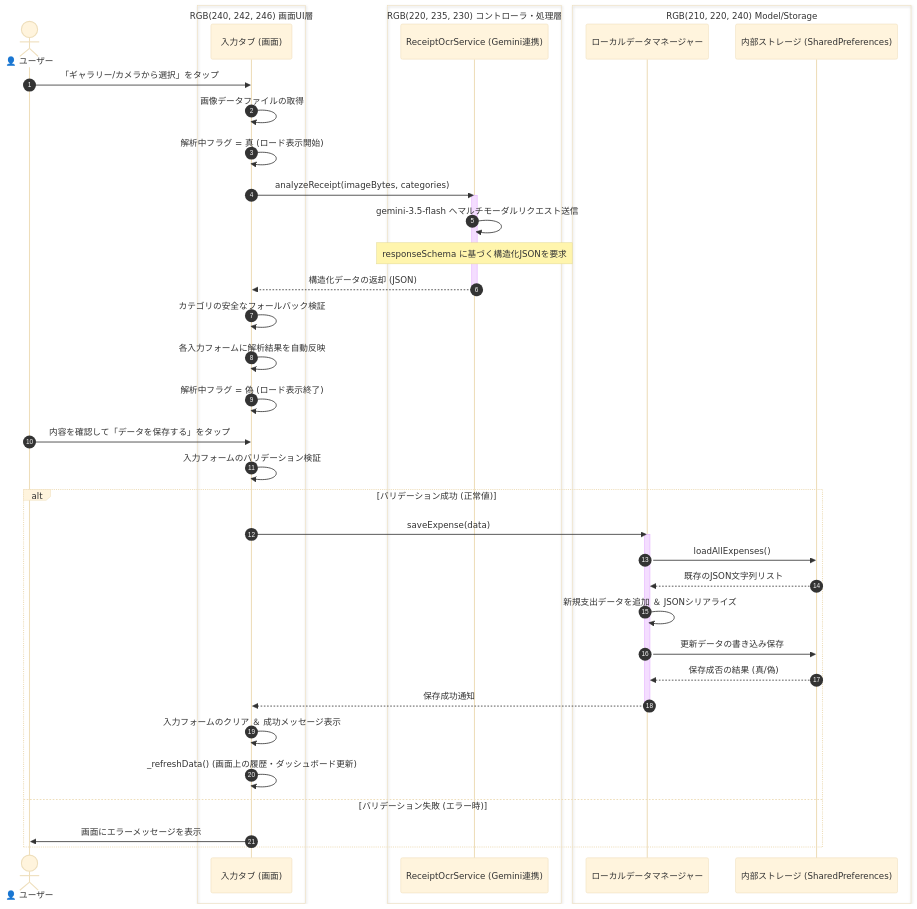
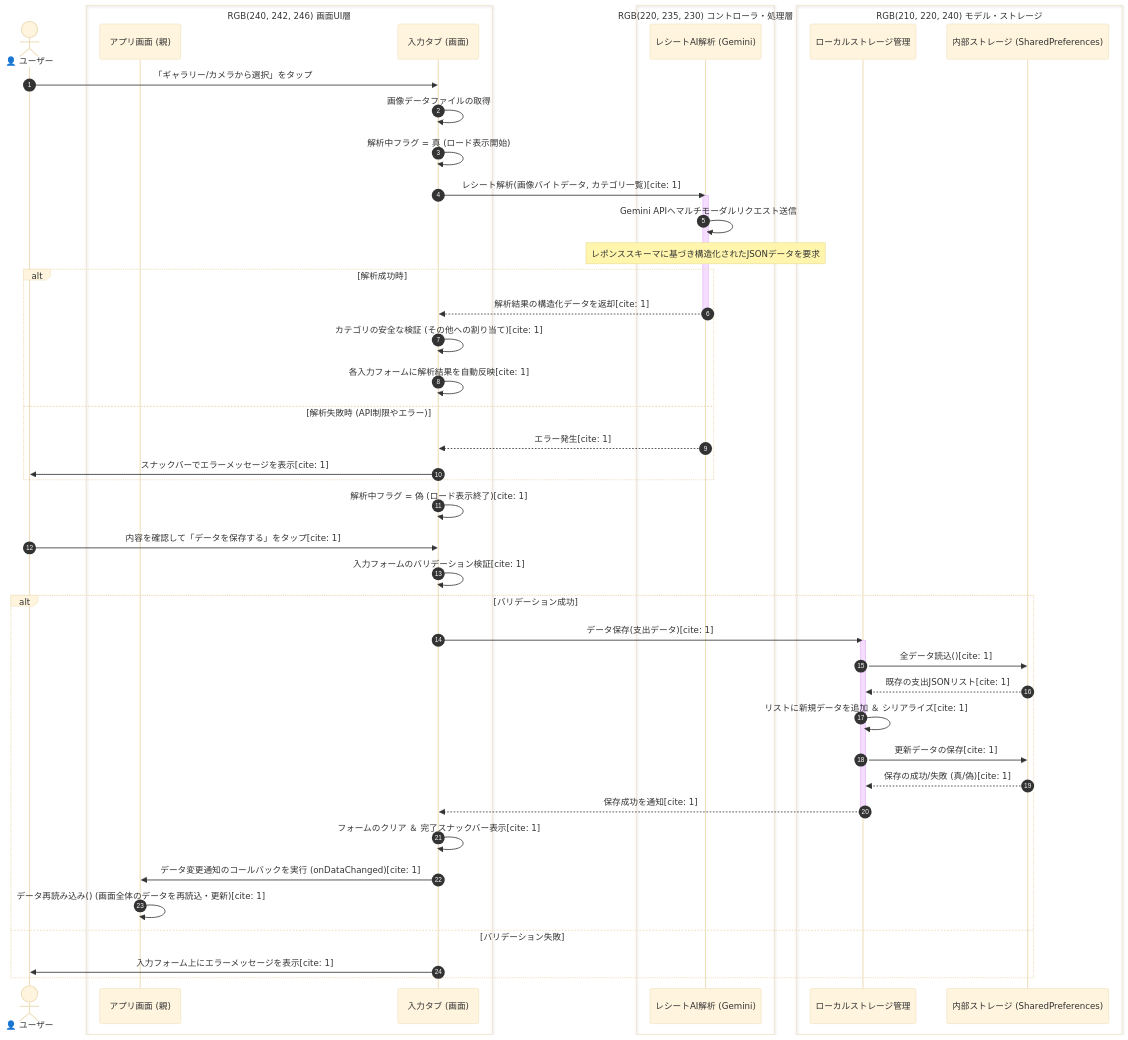
The third of 4 diagrams in README.md (userT-2213/receipt_checker), drawn with Mermaid (base theme) before and after one commit. The commit also changed other lines of this file and 1 other file, not shown here.

````diff
--- a/README.md
+++ b/README.md
@@ -267,50 +273,65 @@
 ```mermaid
 sequenceDiagram
     autonumber
     actor ユーザー as 👤 ユーザー
     box RGB(240, 242, 246) 画面UI層
+        participant 親UI as アプリ画面 (親)
         participant UI as 入力タブ (画面)
     end
     box RGB(220, 235, 230) コントローラ・処理層
-        participant Ctrl as ReceiptOcrService (Gemini連携)
+        participant Ctrl as レシートAI解析 (Gemini)
     end
-    box RGB(210, 220, 240) Model/Storage
-        participant Mgr as ローカルデータマネージャー
+    box RGB(210, 220, 240) モデル・ストレージ
+        participant Mgr as ローカルストレージ管理
         participant DB as 内部ストレージ (SharedPreferences)
     end
 
+    %% ----------------------------------------------------
+    %% 1. レシート解析フロー
+    %% ----------------------------------------------------
     ユーザー ->> UI: 「ギャラリー/カメラから選択」をタップ
     UI ->> UI: 画像データファイルの取得
     UI ->> UI: 解析中フラグ = 真 (ロード表示開始)
-    UI ->> Ctrl: analyzeReceipt(imageBytes, categories)
+    
+    UI ->> Ctrl: レシート解析(画像バイトデータ, カテゴリ一覧)[cite: 1]
     activate Ctrl
+    Ctrl ->> Ctrl: Gemini APIへマルチモーダルリクエスト送信
+    Note over Ctrl: レポンススキーマに基づき構造化されたJSONデータを要求
     
-    Ctrl ->> Ctrl: gemini-3.5-flash へマルチモーダルリクエスト送信
-    Note over Ctrl: responseSchema に基づく構造化JSONを要求
-    Ctrl -->> UI: 構造化データの返却 (JSON)
-    deactivate Ctrl
+    alt 解析成功時
+        Ctrl -->> UI: 解析結果の構造化データを返却[cite: 1]
+        deactivate Ctrl
+        UI ->> UI: カテゴリの安全な検証 (その他への割り当て)[cite: 1]
+        UI ->> UI: 各入力フォームに解析結果を自動反映[cite: 1]
+    else 解析失敗時 (API制限やエラー)
+        Ctrl -->> UI: エラー発生[cite: 1]
+        UI ->> ユーザー: スナックバーでエラーメッセージを表示[cite: 1]
+    end
+    UI ->> UI: 解析中フラグ = 偽 (ロード表示終了)[cite: 1]
+
+    %% ----------------------------------------------------
+    %% 2. 支出保存フロー
+    %% ----------------------------------------------------
+    ユーザー ->> UI: 内容を確認して「データを保存する」をタップ[cite: 1]
+    UI ->> UI: 入力フォームのバリデーション検証[cite: 1]
     
-    UI ->> UI: カテゴリの安全なフォールバック検証
-    UI ->> UI: 各入力フォームに解析結果を自動反映
-    UI ->> UI: 解析中フラグ = 偽 (ロード表示終了)
-
-    ユーザー ->> UI: 内容を確認して「データを保存する」をタップ
-    UI ->> UI: 入力フォームのバリデーション検証
-    
-    alt バリデーション成功 (正常値)
-        UI ->> Mgr: saveExpense(data)
+    alt バリデーション成功
+        UI ->> Mgr: データ保存(支出データ)[cite: 1]
         activate Mgr
-        Mgr ->> DB: loadAllExpenses()
-        DB -->> Mgr: 既存のJSON文字列リスト
-        Mgr ->> Mgr: 新規支出データを追加 ＆ JSONシリアライズ
-        Mgr ->> DB: 更新データの書き込み保存
-        DB -->> Mgr: 保存成否の結果 (真/偽)
-        Mgr -->> UI: 保存成功通知
+        Mgr ->> DB: 全データ読込()[cite: 1]
+        DB -->> Mgr: 既存の支出JSONリスト[cite: 1]
+        Mgr ->> Mgr: リストに新規データを追加 ＆ シリアライズ[cite: 1]
+        Mgr ->> DB: 更新データの保存[cite: 1]
+        DB -->> Mgr: 保存の成功/失敗 (真/偽)[cite: 1]
+        Mgr -->> UI: 保存成功を通知[cite: 1]
         deactivate Mgr
         
-        UI ->> UI: 入力フォームのクリア ＆ 成功メッセージ表示
-        UI ->> UI: _refreshData() (画面上の履歴・ダッシュボード更新)
-    else バリデーション失敗 (エラー時)
-        UI ->> ユーザー: 画面にエラーメッセージを表示
+        UI ->> UI: フォームのクリア ＆ 完了スナックバー表示[cite: 1]
+        
+        %% コールバック関数による親画面への再読込要求
+        UI ->> 親UI: データ変更通知のコールバックを実行 (onDataChanged)[cite: 1]
+        親UI ->> 親UI: データ再読み込み() (画面全体のデータを再読込・更新)[cite: 1]
+    else バリデーション失敗
+        UI ->> ユーザー: 入力フォーム上にエラーメッセージを表示[cite: 1]
     end
 ```
````
